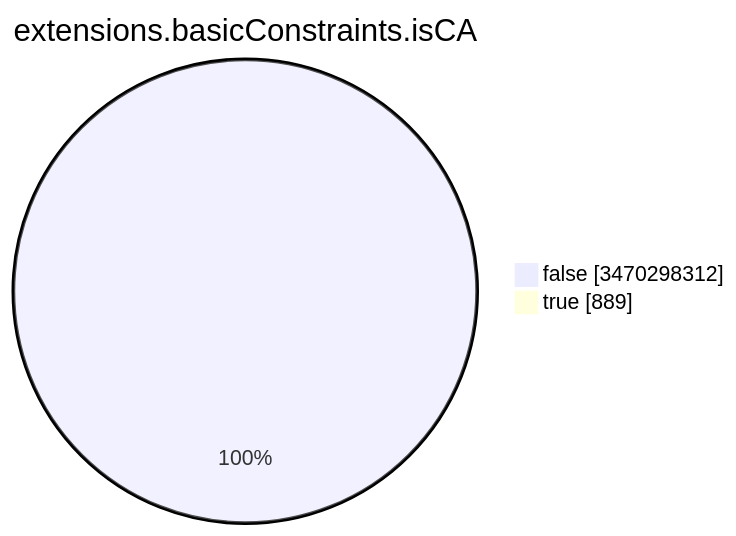
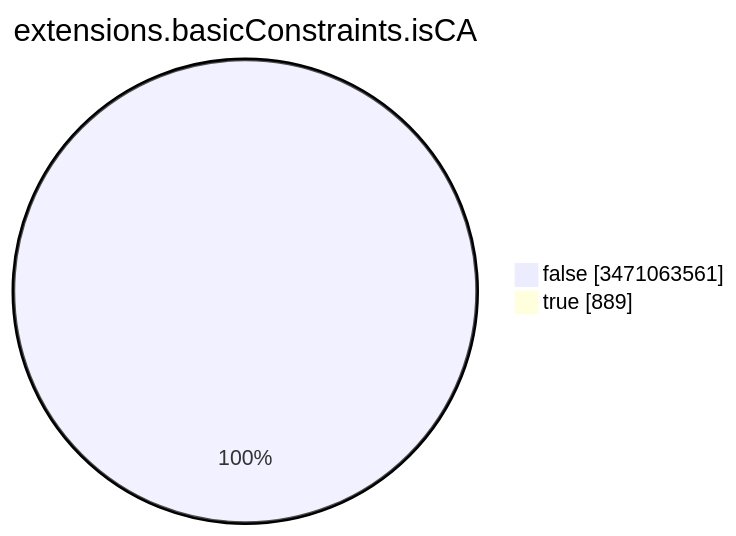
One commit to christiankrug/ctmonitor_visualization changed the seventh of 15 diagrams in TOTAL/README.md. Above: the diagram before and after it, drawn with Mermaid. The commit also changed other lines of this file, not shown here.

````diff
--- a/TOTAL/README.md
+++ b/TOTAL/README.md
@@ -3093,6 +3093,6 @@
 ```mermaid
 pie showData
 title extensions.basicConstraints.isCA
-"false" :3470298312
+"false" :3471063561
 "true" :889
 ```
````
